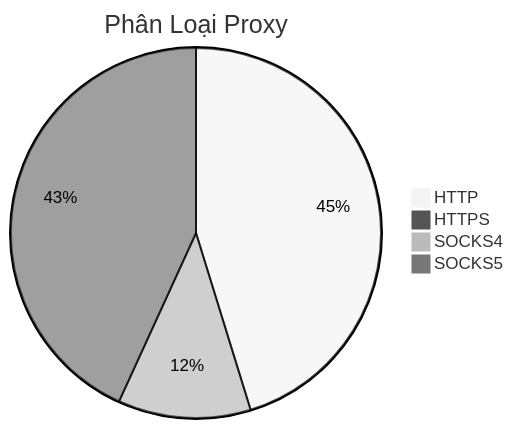
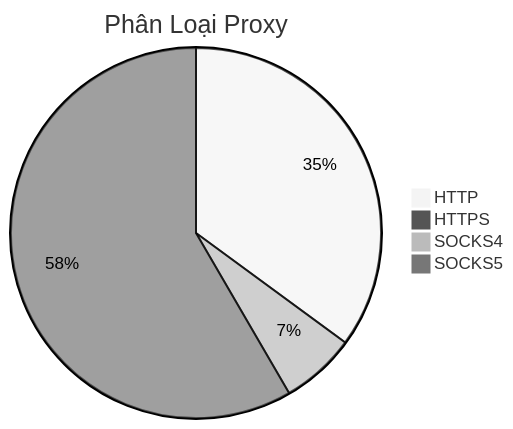
The diagram in README.md (Ciara-Aa/PROXY-free), drawn with Mermaid (neutral theme) before and after one commit. The commit also changed other lines of this file and 4 other files, not shown here.

````diff
--- a/README.md
+++ b/README.md
@@ -26,7 +26,7 @@
 ```mermaid
 pie title Phân Loại Proxy
-    "HTTP" : 242
+    "HTTP" : 295
     "HTTPS" : 3
-    "SOCKS4" : 62
-    "SOCKS5" : 231
+    "SOCKS4" : 55
+    "SOCKS5" : 491
 ```
````
